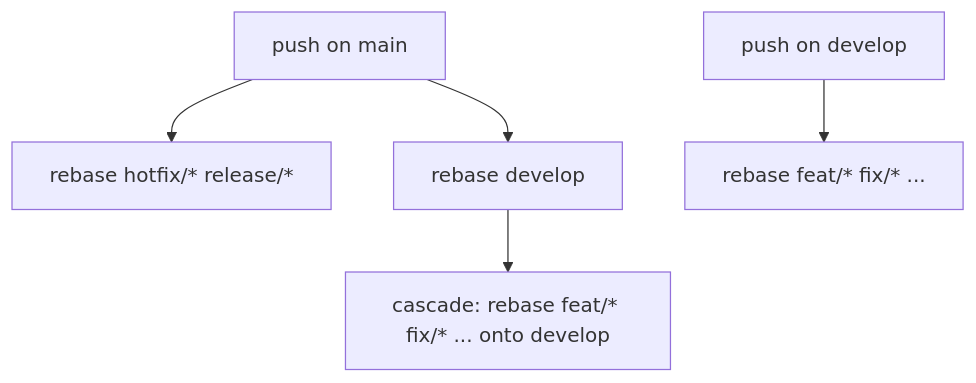
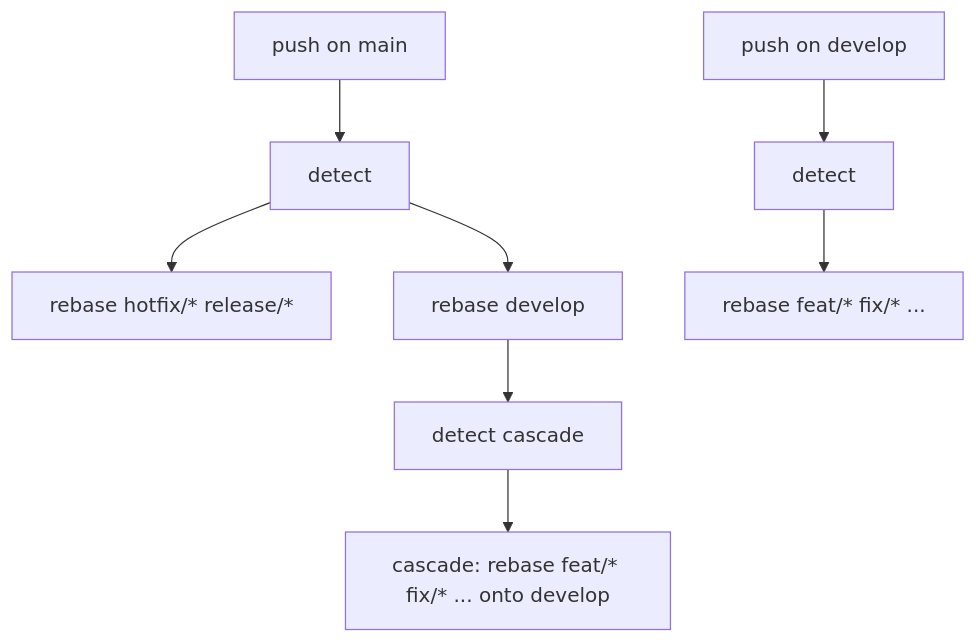
Before and after one commit to LeoShivas/GitOps: the diagram in .github/workflows/reusable-rebase-downstream-branches.md, drawn with Mermaid. The commit also changed other lines of this file and 3 other files, not shown here.

````diff
--- a/.github/workflows/reusable-rebase-downstream-branches.md
+++ b/.github/workflows/reusable-rebase-downstream-branches.md
@@ -15,7 +15,10 @@
 ```mermaid
 flowchart TD
-    P["push on main"] --> A["rebase hotfix/* release/*"]
-    P --> B["rebase develop"]
-    B --> C["cascade: rebase feat/* fix/* ... onto develop"]
-    I["push on develop"] --> D["rebase feat/* fix/* ..."]
+    P["push on main"] --> D["detect"]
+    D --> R1["rebase hotfix/* release/*"]
+    D --> RI["rebase develop"]
+    RI --> DC["detect cascade"]
+    DC --> R2["cascade: rebase feat/* fix/* ... onto develop"]
+    I["push on develop"] --> D2["detect"]
+    D2 --> R3["rebase feat/* fix/* ..."]
 ```
````
